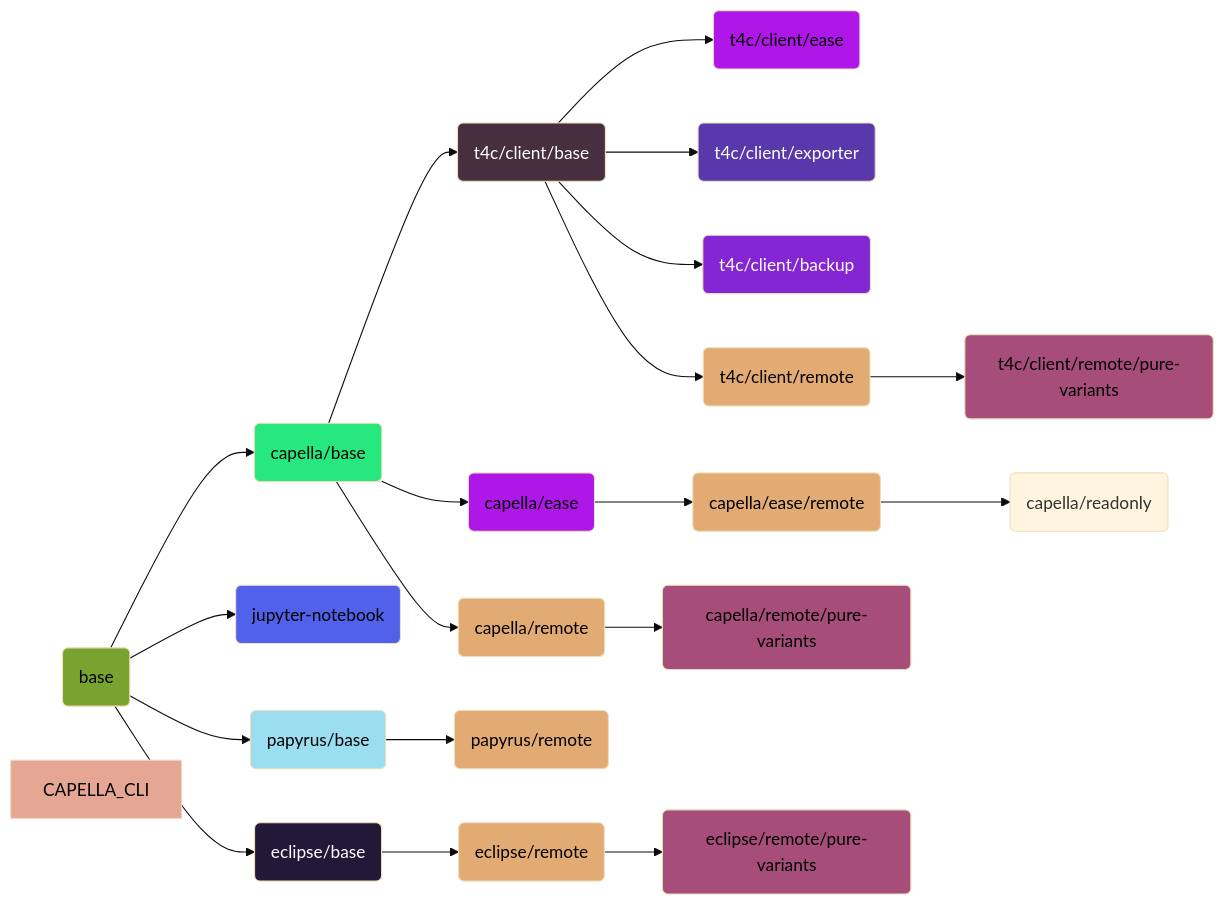
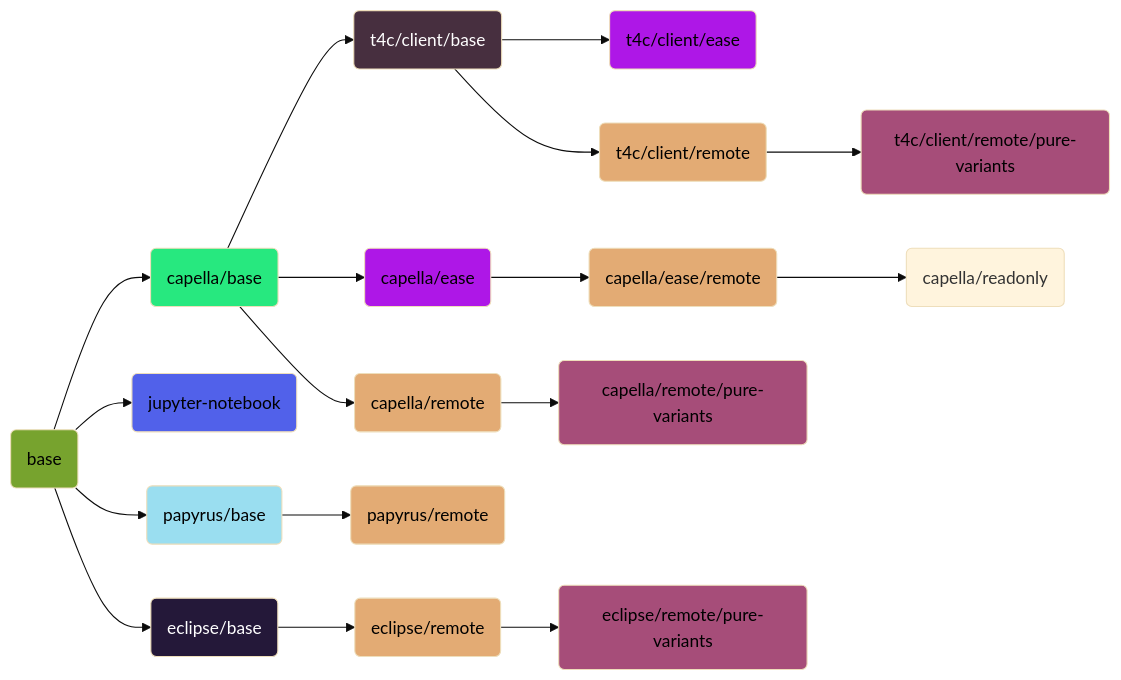
One commit to DSD-DBS/capella-dockerimages changed the diagram in docs/docs/index.md. Above: the diagram before and after it, drawn with Mermaid (base theme). The commit also changed other lines of this file and 3 other files, not shown here.

````diff
--- a/docs/docs/index.md
+++ b/docs/docs/index.md
@@ -69,39 +69,34 @@
 ```mermaid
 flowchart LR
     BASE(base) --> CAPELLA_BASE(capella/base)
     BASE(base) --> JUPYTER(jupyter-notebook)
     BASE(base) --> PAPYRUS_BASE(papyrus/base) --> PAPYRUS_REMOTE(papyrus/remote)
     BASE(base) --> ECLIPSE_BASE(eclipse/base) --> ECLIPSE_REMOTE(eclipse/remote) --> ECLIPSE_REMOTE_PURE_VARIANTS(eclipse/remote/pure-variants)
     CAPELLA_BASE(capella/base) --> T4C_CLIENT_BASE(t4c/client/base)
     CAPELLA_BASE(capella/base) --> CAPELLA_EASE(capella/ease)
     T4C_CLIENT_BASE(t4c/client/base) --> T4C_CLIENT_EASE(t4c/client/ease)
-    T4C_CLIENT_BASE(t4c/client/base) --> T4C_CLIENT_EXPORTER(t4c/client/exporter)
-    T4C_CLIENT_BASE(t4c/client/base) --> T4C_CLIENT_BACKUP(t4c/client/backup)
     CAPELLA_BASE(capella/base) --> CAPELLA_REMOTE(capella/remote) --> CAPELLA_REMOTE_PURE_VARIANTS(capella/remote/pure-variants)
     T4C_CLIENT_BASE(t4c/client/base) --> T4C_CLIENT_REMOTE(t4c/client/remote) --> T4C_CLIENT_REMOTE_PURE_VARIANTS(t4c/client/remote/pure-variants)
     CAPELLA_EASE(capella/ease) --> CAPELLA_EASE_REMOTE(capella/ease/remote) --> CAPELLA_READONLY(capella/readonly)
 
     style BASE fill:#77a32e,color:#000000
     style CAPELLA_BASE fill:#27e87f,color:#000000
     style JUPYTER fill:#5161ea,color:#000000
     style PAPYRUS_BASE fill:#9adef0,color:#000000
     style ECLIPSE_BASE fill:#241839,color:#ffffff
     style T4C_CLIENT_BASE fill:#472f3f,color:#ffffff
-    style CAPELLA_CLI fill:#e5a694,color:#000000
-    style T4C_CLIENT_EXPORTER fill:#5938ac,color:#ffffff
-    style T4C_CLIENT_BACKUP fill:#8426d4,color:#ffffff
 
     style CAPELLA_EASE fill:#ae17e7,color:#000000
     style T4C_CLIENT_EASE fill:#ae17e7,color:#000000
 
     style CAPELLA_REMOTE fill:#e3ab74,color:#000000
     style T4C_CLIENT_REMOTE fill:#e3ab74,color:#000000
     style CAPELLA_EASE_REMOTE fill:#e3ab74,color:#000000
     style ECLIPSE_REMOTE fill:#e3ab74,color:#000000
     style PAPYRUS_REMOTE fill:#e3ab74,color:#000000
 
     style CAPELLA_REMOTE_PURE_VARIANTS fill:#a64d79,color:#000000
     style T4C_CLIENT_REMOTE_PURE_VARIANTS fill:#a64d79,color:#000000
     style ECLIPSE_REMOTE_PURE_VARIANTS fill:#a64d79,color:#000000
 
 ```
````
